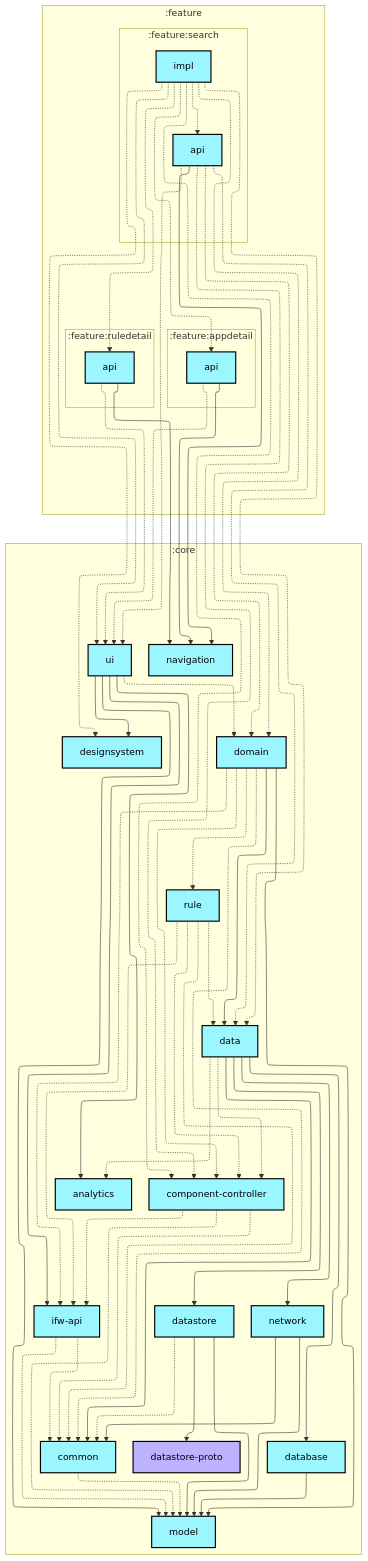
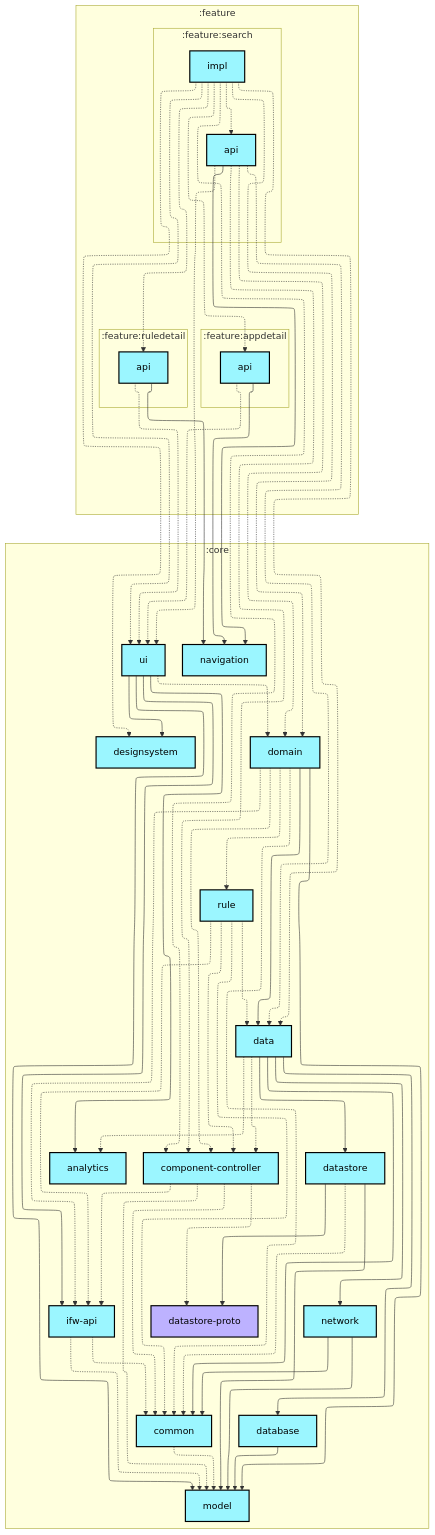
One commit to lihenggui/blocker changed the first of 2 diagrams in feature/search/impl/README.md. Above: the diagram before and after it, drawn with Mermaid. The commit also changed 82 other files, not shown here.

```diff
--- a/feature/search/impl/README.md
+++ b/feature/search/impl/README.md
@@ -48,6 +48,7 @@
 
   :core:common -.-> :core:model
   :core:component-controller -.-> :core:common
+  :core:component-controller -.-> :core:datastore-proto
   :core:component-controller -.-> :core:ifw-api
   :core:component-controller -.-> :core:model
   :core:data -.-> :core:analytics
```
